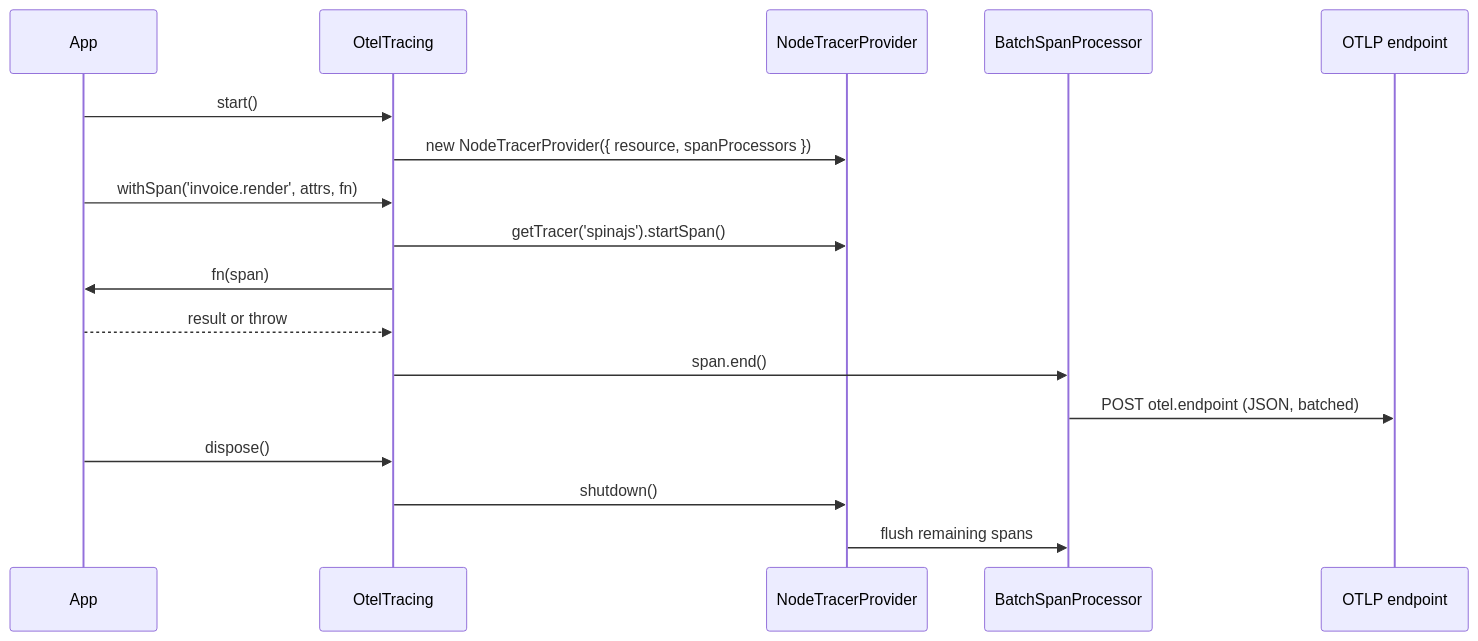
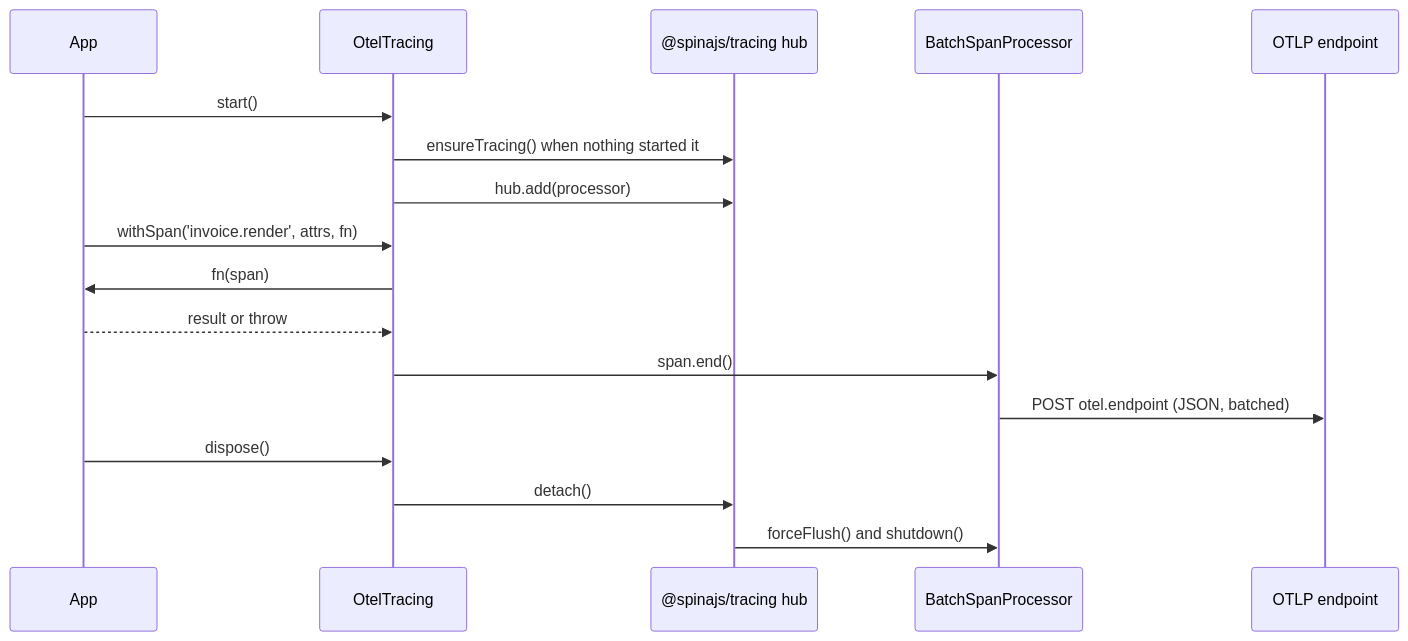
The diagram in docs/telemetry-otel/01-tracing-service.md (spinajs/main), drawn with Mermaid before and after one commit. The commit also changed other lines of this file and 15 other files, not shown here.

First line of the commit message:
refactor(telemetry-otel)!: export through the shared tracing hub

````diff
--- a/docs/telemetry-otel/01-tracing-service.md
+++ b/docs/telemetry-otel/01-tracing-service.md
@@ -29,19 +31,19 @@
 ```mermaid
 sequenceDiagram
   participant App
   participant OtelTracing
-  participant Provider as NodeTracerProvider
+  participant Tracing as @spinajs/tracing hub
   participant Batch as BatchSpanProcessor
   participant Collector as OTLP endpoint
   App->>OtelTracing: start()
-  OtelTracing->>Provider: new NodeTracerProvider({ resource, spanProcessors })
+  OtelTracing->>Tracing: ensureTracing() when nothing started it
+  OtelTracing->>Tracing: hub.add(processor)
   App->>OtelTracing: withSpan('invoice.render', attrs, fn)
-  OtelTracing->>Provider: getTracer('spinajs').startSpan()
   OtelTracing->>App: fn(span)
   App-->>OtelTracing: result or throw
   OtelTracing->>Batch: span.end()
   Batch->>Collector: POST otel.endpoint (JSON, batched)
   App->>OtelTracing: dispose()
-  OtelTracing->>Provider: shutdown()
-  Provider->>Batch: flush remaining spans
+  OtelTracing->>Tracing: detach()
+  Tracing->>Batch: forceFlush() and shutdown()
 ```
````
